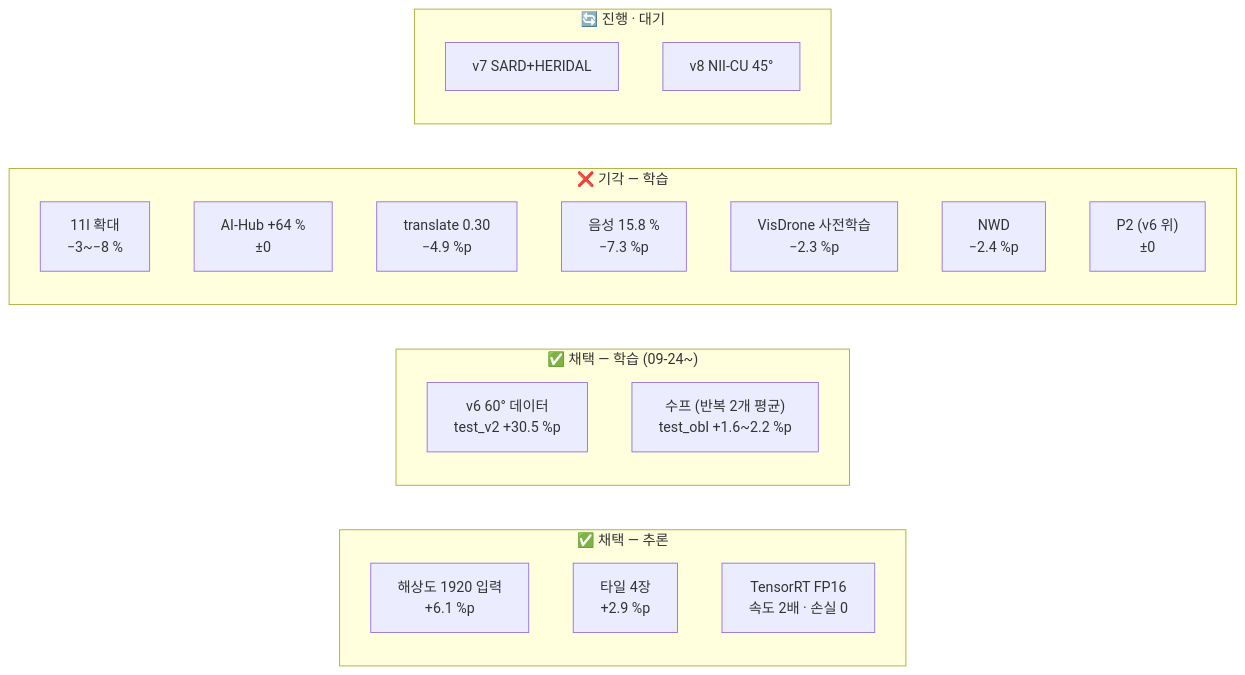
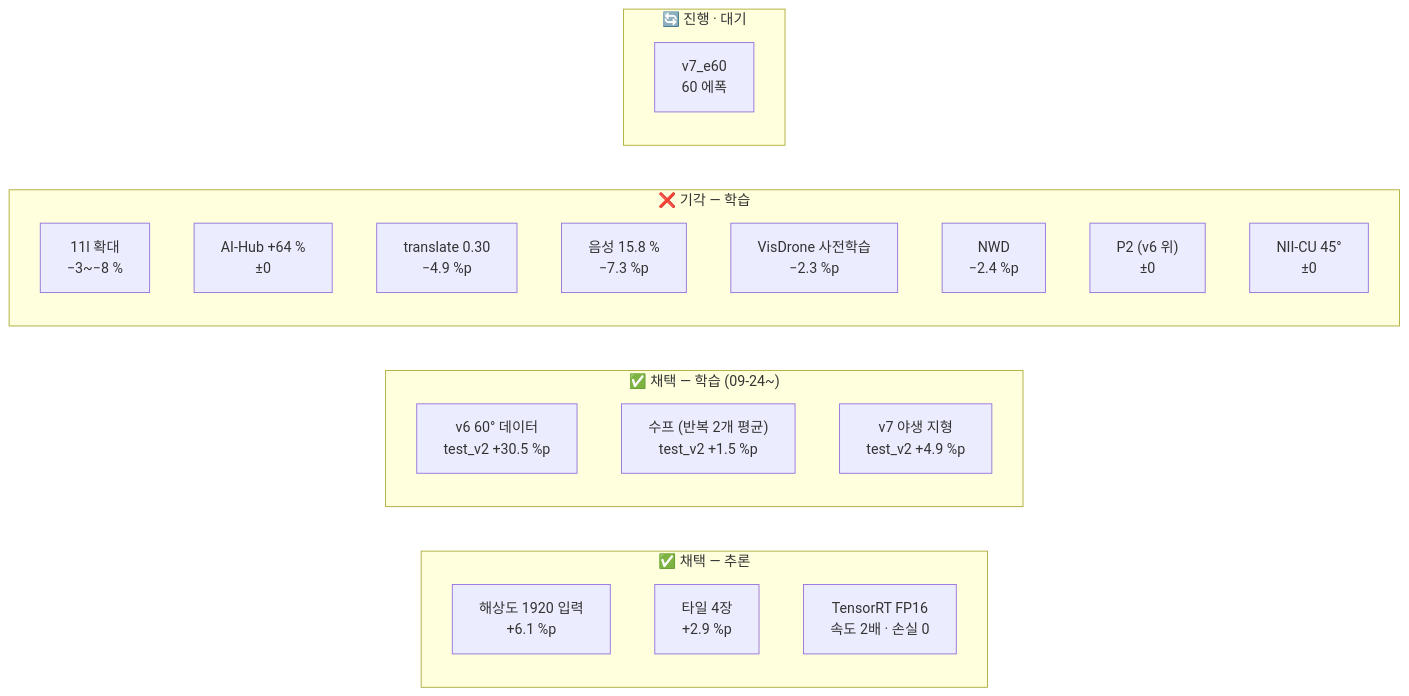
One commit to tim9985/Capstone changed the diagram in obsidian/04 실험/_실험 색인.md. Above: the diagram before and after it, drawn with Mermaid. The commit also changed other lines of this file and 24 other files, not shown here.

````diff
--- a/obsidian/04 실험/_실험 색인.md
+++ b/obsidian/04 실험/_실험 색인.md
@@ -12,25 +12,26 @@
 ```mermaid
 flowchart LR
     subgraph OK["✅ 채택 — 추론"]
         T1["해상도 1920 입력<br/>+6.1 %p"]
         T2["타일 4장<br/>+2.9 %p"]
         T3["TensorRT FP16<br/>속도 2배 · 손실 0"]
     end
     subgraph OK2["✅ 채택 — 학습 (09-24~)"]
         W1["v6 60° 데이터<br/>test_v2 +30.5 %p"]
-        W2["수프 (반복 2개 평균)<br/>test_obl +1.6~2.2 %p"]
+        W2["수프 (반복 2개 평균)<br/>test_v2 +1.5 %p"]
+        W3["v7 야생 지형<br/>test_v2 +4.9 %p"]
     end
     subgraph NG["❌ 기각 — 학습"]
         N1["11l 확대<br/>−3~−8 %"]
         N2["AI-Hub +64 %<br/>±0"]
         N3["translate 0.30<br/>−4.9 %p"]
         N4["음성 15.8 %<br/>−7.3 %p"]
         N5["VisDrone 사전학습<br/>−2.3 %p"]
         N6["NWD<br/>−2.4 %p"]
         N7["P2 (v6 위)<br/>±0"]
+        N8["NII-CU 45°<br/>±0"]
     end
     subgraph RUN["🔄 진행 · 대기"]
-        R1["v7 SARD+HERIDAL"]
-        R3["v8 NII-CU 45°"]
+        R1["v7_e60<br/>60 에폭"]
     end
 ```
````
